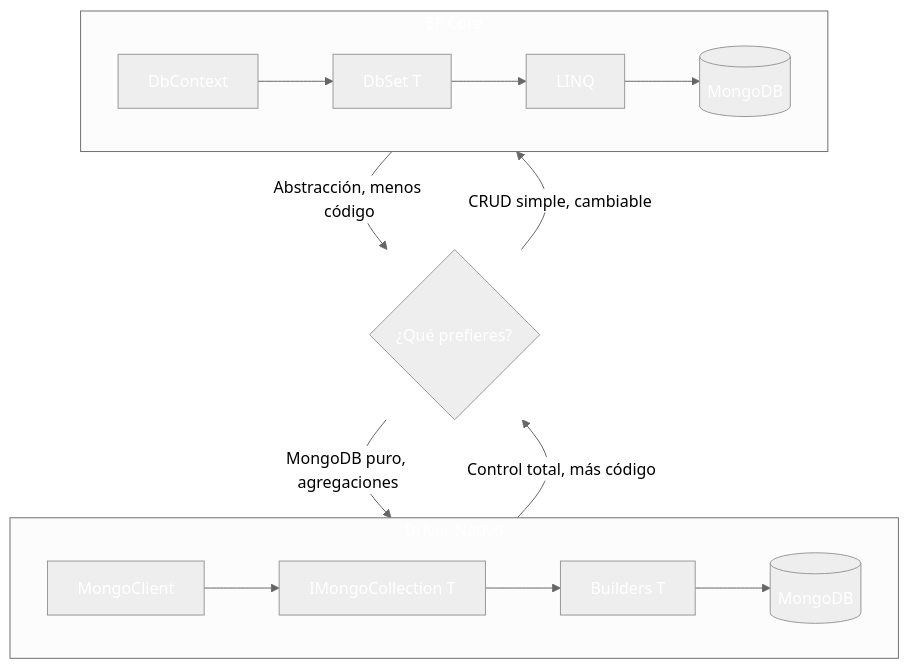
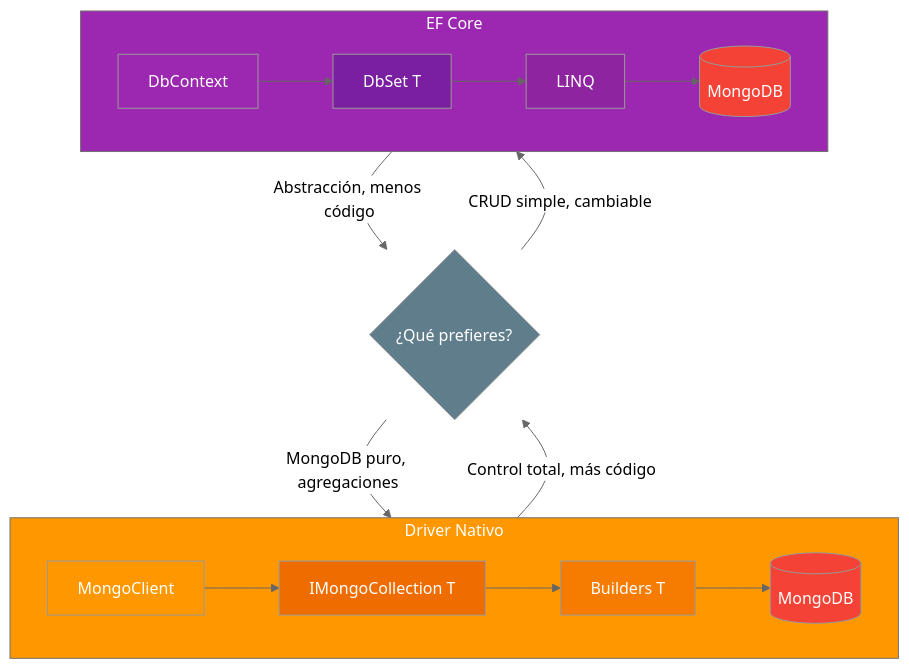
The seventh of 9 diagrams in 13-mongodb.md (joseluisgs/DesarrolloWebEntornosServidor-02-2026-2027), drawn with Mermaid (neutral theme) before and after one commit. The commit also changed other lines of this file, not shown here.

````diff
--- a/13-mongodb.md
+++ b/13-mongodb.md
@@ -1121,32 +1170,32 @@
 ```mermaid
 graph TD
     subgraph DRIVER["Driver Nativo"]
         D1[MongoClient] --> D2[IMongoCollection T]
         D2 --> D3[Builders T]
         D3 --> D4[(MongoDB)]
     end
 
     subgraph EF["EF Core"]
         E1[DbContext] --> E2[DbSet T]
         E2 --> E3[LINQ]
         E3 --> E4[(MongoDB)]
     end
 
     DRIVER -->|"Control total, más código"| DEC{¿Qué prefieres?}
     EF -->|"Abstracción, menos código"| DEC
 
     DEC -->|"MongoDB puro, agregaciones"| DRIVER
     DEC -->|"CRUD simple, cambiable"| EF
 
-    style DRIVER fill:#FF980,color:#fff0,color:#fff
-    style EF fill:#9C27B,color:#fff0,color:#fff
-    style D1 fill:#FF980,color:#fff0,color:#fff
-    style D2 fill:#EF6C0,color:#fff0,color:#fff
-    style D3 fill:#F57C0,color:#fff0,color:#fff
-    style D4 fill:#f4433,color:#fff6,color:#fff
-    style E1 fill:#9C27B,color:#fff0,color:#fff
-    style E2 fill:#7B1FA,color:#fff2,color:#fff
-    style E3 fill:#8E24A,color:#fffA,color:#fff
-    style E4 fill:#f4433,color:#fff6,color:#fff
-    style DEC fill:#607D8,color:#fffB,color:#fff
+    style DRIVER fill:#FF9800,color:#fff
+    style EF fill:#9C27B0,color:#fff
+    style D1 fill:#FF9800,color:#fff
+    style D2 fill:#EF6C00,color:#fff
+    style D3 fill:#F57C00,color:#fff
+    style D4 fill:#f44336,color:#fff
+    style E1 fill:#9C27B0,color:#fff
+    style E2 fill:#7B1FA2,color:#fff
+    style E3 fill:#8E24A0,color:#fff
+    style E4 fill:#f44336,color:#fff
+    style DEC fill:#607D8B,color:#fff
 ```
````
